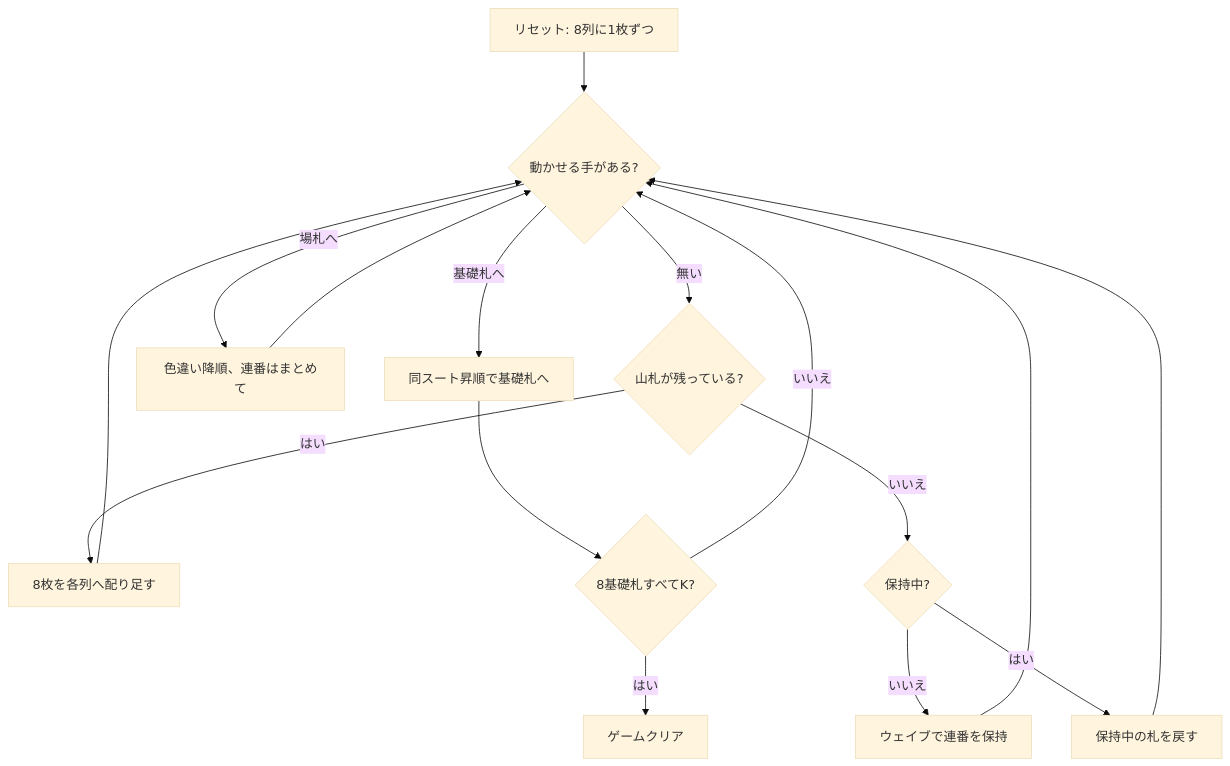
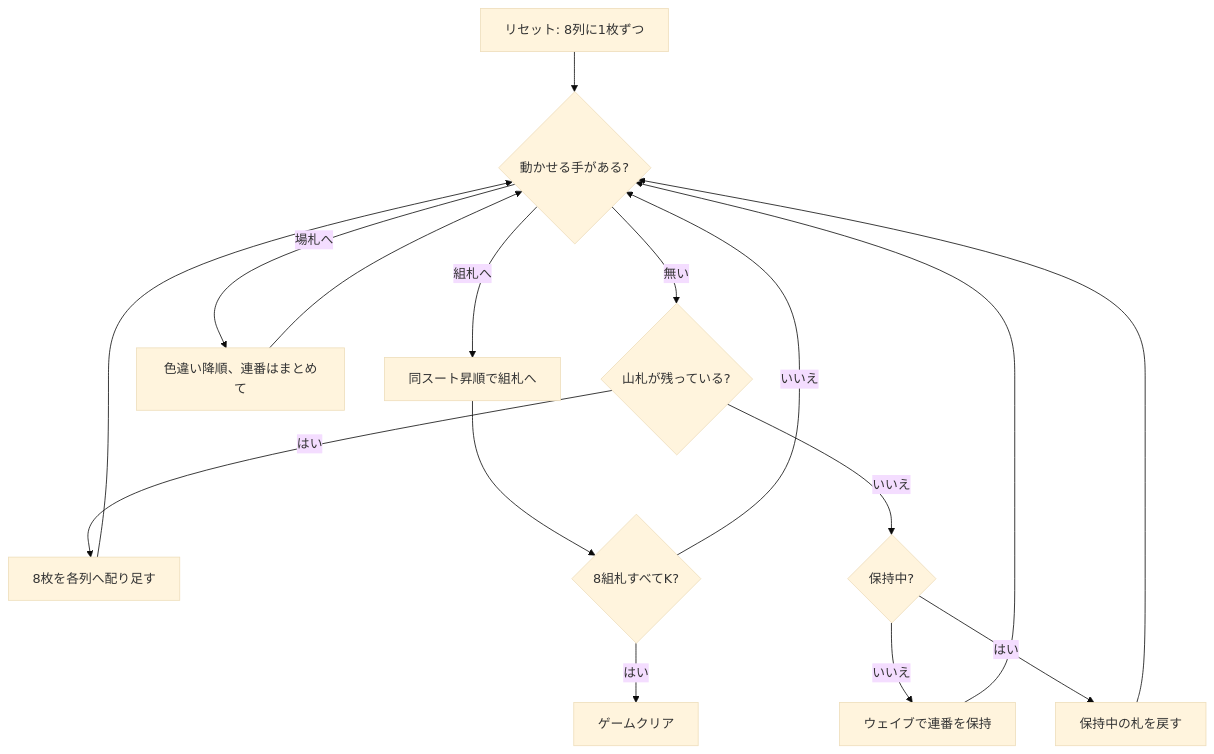
Before and after one commit to yuta-yoshinaga/go_trumpcards: the diagram in docs/manual/cui/missmilligan.md, drawn with Mermaid (base theme). The commit also changed other lines of this file and 60 other files, not shown here.

````diff
--- a/docs/manual/cui/missmilligan.md
+++ b/docs/manual/cui/missmilligan.md
@@ -30,18 +30,18 @@
 ```mermaid
 flowchart TD
     A[リセット: 8列に1枚ずつ] --> B{動かせる手がある?}
-    B -- 基礎札へ --> C[同スート昇順で基礎札へ]
+    B -- 組札へ --> C[同スート昇順で組札へ]
     B -- 場札へ --> D[色違い降順、連番はまとめて]
     B -- 無い --> E{山札が残っている?}
     E -- はい --> F[8枚を各列へ配り足す]
     E -- いいえ --> G{保持中?}
     G -- いいえ --> H[ウェイブで連番を保持]
     G -- はい --> I[保持中の札を戻す]
-    C --> J{8基礎札すべてK?}
+    C --> J{8組札すべてK?}
     D --> B
     F --> B
     H --> B
     I --> B
     J -- はい --> K[ゲームクリア]
     J -- いいえ --> B
 ```
````
